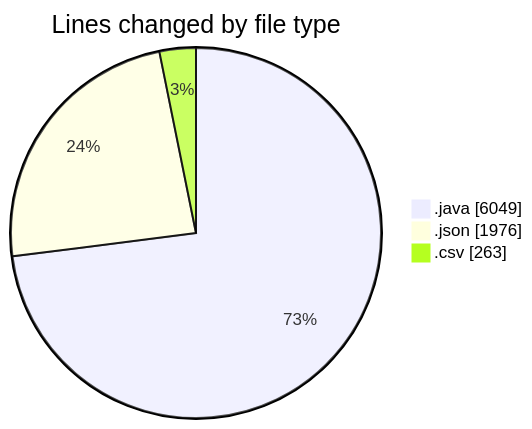
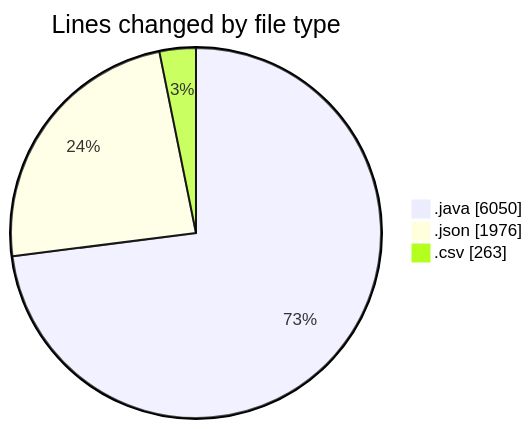
The first of 2 diagrams in 2026-02-24/cilapp/README.md (ricardozamudiocil/code-tracking), drawn with Mermaid before and after one commit. The commit also changed other lines of this file and 1 other file, not shown here.

````diff
--- a/2026-02-24/cilapp/README.md
+++ b/2026-02-24/cilapp/README.md
@@ -25,7 +25,7 @@
 ```mermaid
 pie showData
 title Lines changed by file type
-".java" : 6049
+".java" : 6050
 ".json" : 1976
 ".csv" : 263
 ```
````
